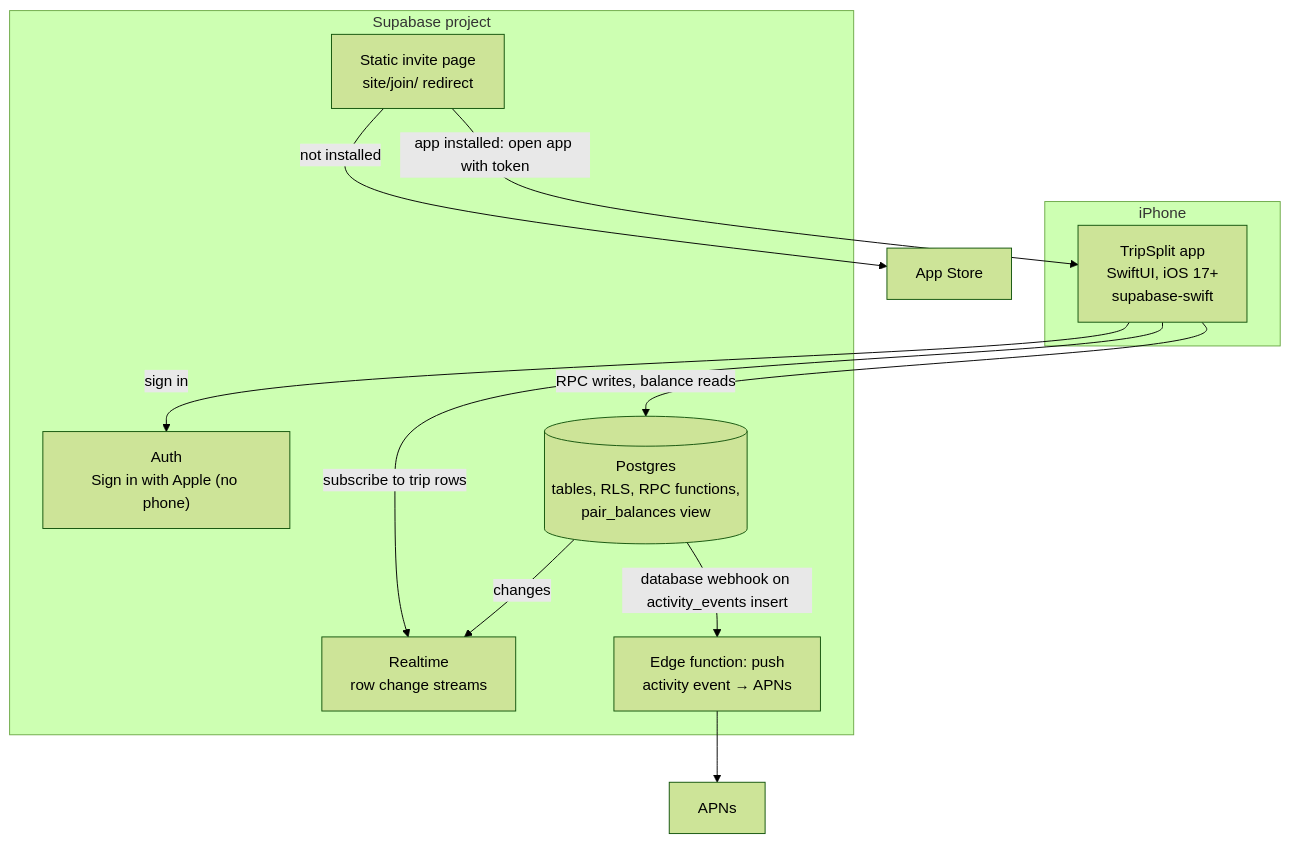
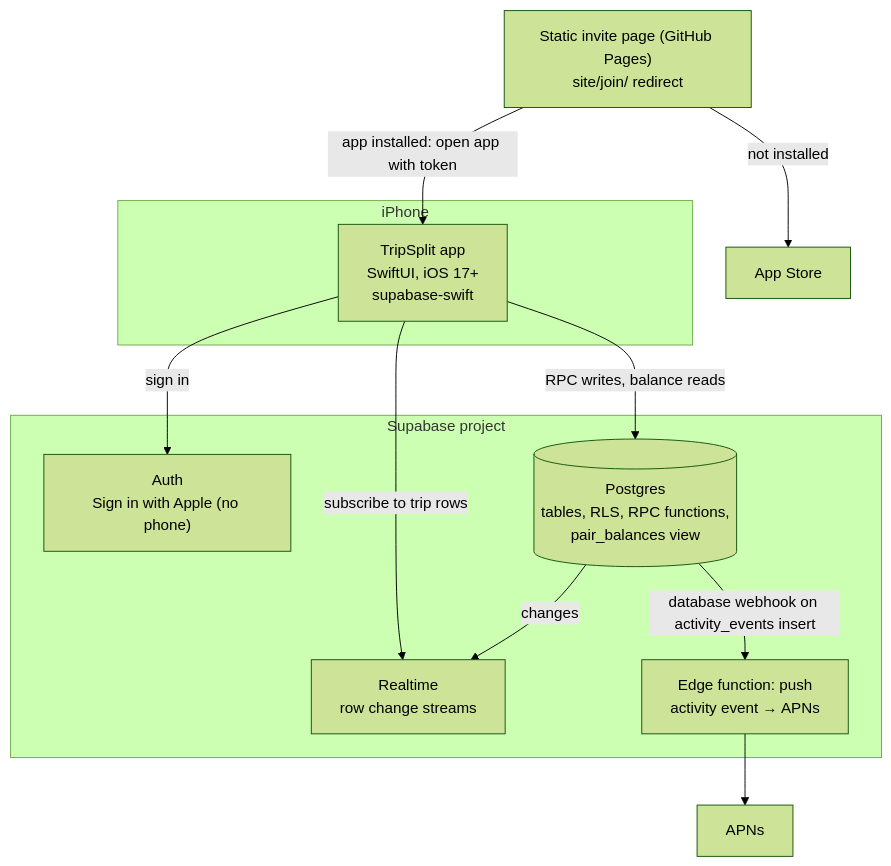
The second of 2 diagrams in docs/architecture.md (taytayrad/tripsplit-ios), drawn with Mermaid (forest theme) before and after one commit. The commit also changed other lines of this file and 4 other files, not shown here.

Commit message:
Address review: drop stale invite config, tighten invite URL parsing, harden shareURL, fix invalid-link copy and diagram

````diff
--- a/docs/architecture.md
+++ b/docs/architecture.md
@@ -32,26 +32,27 @@
 ```mermaid
 flowchart TB
     subgraph device["iPhone"]
         app["TripSplit app<br/>SwiftUI, iOS 17+<br/>supabase-swift"]
     end
 
     subgraph supa["Supabase project"]
         auth["Auth<br/>Sign in with Apple (no phone)"]
         db[("Postgres<br/>tables, RLS, RPC functions,<br/>pair_balances view")]
         rt["Realtime<br/>row change streams"]
         fnPush["Edge function: push<br/>activity event → APNs"]
-        fnLink["Static invite page<br/>site/join/ redirect"]
     end
+
+    invitePage["Static invite page (GitHub Pages)<br/>site/join/ redirect"]
 
     apns["APNs"]
     store["App Store"]
 
     app -- "sign in" --> auth
     app -- "RPC writes, balance reads" --> db
     app -- "subscribe to trip rows" --> rt
     db -- "changes" --> rt
     db -- "database webhook on activity_events insert" --> fnPush
     fnPush --> apns
-    fnLink -- "app installed: open app with token" --> app
-    fnLink -- "not installed" --> store
+    invitePage -- "app installed: open app with token" --> app
+    invitePage -- "not installed" --> store
 ```
````
